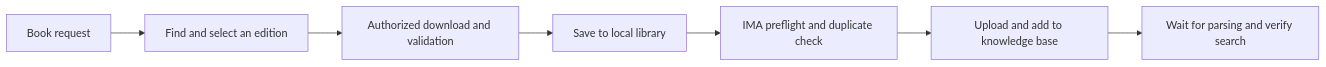
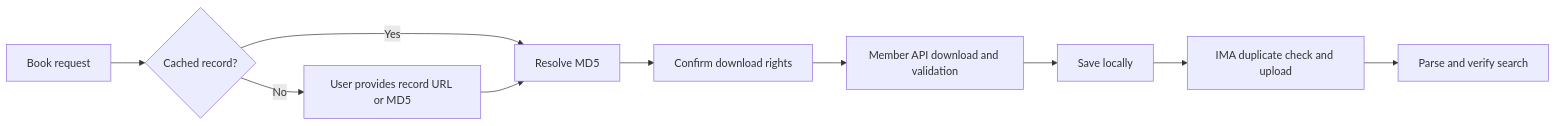
The diagram in README.md (starryChenstudent/bookbridge-workbuddy-ima), drawn with Mermaid before and after one commit. The commit also changed other lines of this file and 8 other files, not shown here.

````diff
--- a/README.md
+++ b/README.md
@@ -36,9 +36,12 @@
 ```mermaid
 flowchart LR
-    A[Book request] --> B[Find and select an edition]
-    B --> C[Authorized download and validation]
-    C --> D[Save to local library]
-    D --> E[IMA preflight and duplicate check]
-    E --> F[Upload and add to knowledge base]
-    F --> G[Wait for parsing and verify search]
+    A[Book request] --> B{Cached record?}
+    B -->|Yes| D[Resolve MD5]
+    B -->|No| C[User provides record URL or MD5]
+    C --> D
+    D --> E[Confirm download rights]
+    E --> F[Member API download and validation]
+    F --> G[Save locally]
+    G --> H[IMA duplicate check and upload]
+    H --> I[Parse and verify search]
 ```
````
